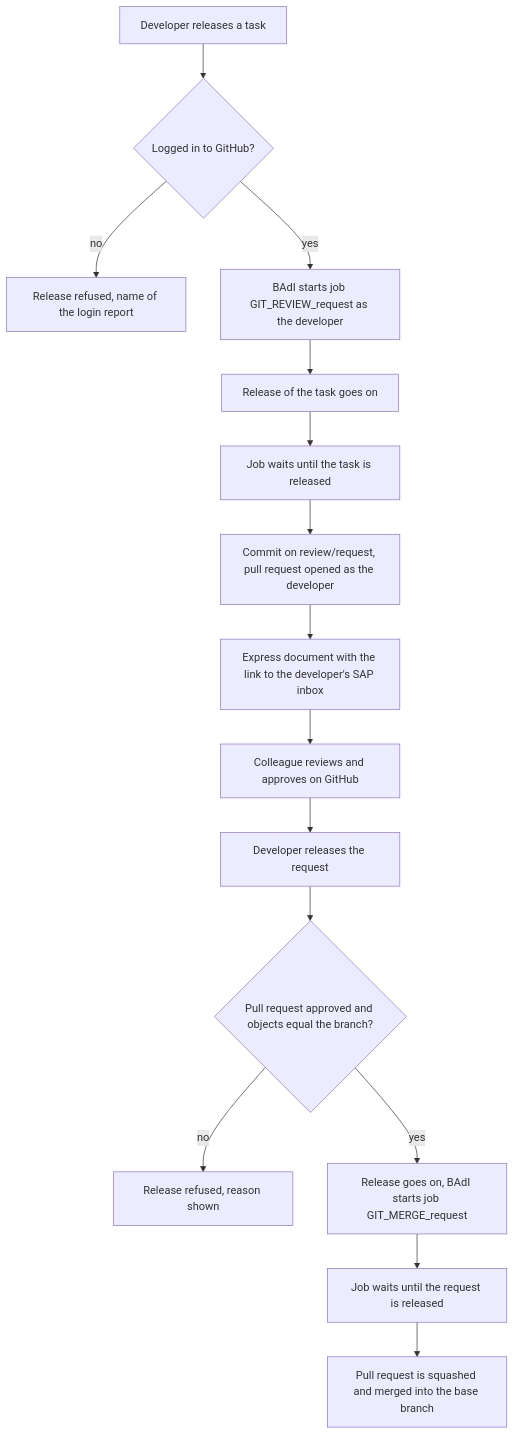
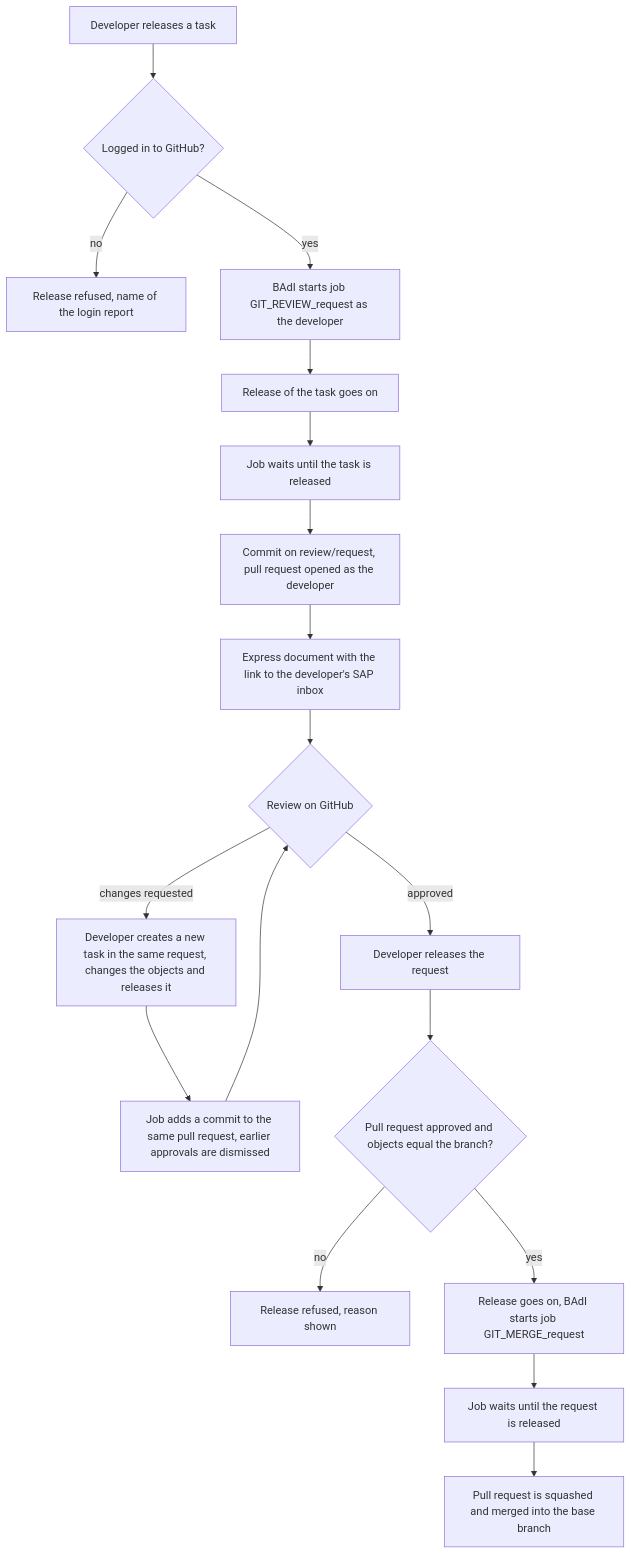
The diagram in README.md (catafeidi/abap-transport-review), drawn with Mermaid before and after one commit. The commit also changed other lines of this file and 3 other files, not shown here.

````diff
--- a/README.md
+++ b/README.md
@@ -37,17 +51,20 @@
 ```mermaid
 flowchart TD
     A[Developer releases a task] --> B{Logged in to GitHub?}
     B -- no --> B1[Release refused, name of the login report]
     B -- yes --> C[BAdI starts job GIT_REVIEW_request as the developer]
     C --> D[Release of the task goes on]
     D --> E[Job waits until the task is released]
     E --> F[Commit on review/request, pull request opened as the developer]
     F --> G[Express document with the link to the developer's SAP inbox]
-    G --> H[Colleague reviews and approves on GitHub]
-    H --> I[Developer releases the request]
+    G --> H{Review on GitHub}
+    H -- changes requested --> R[Developer creates a new task in the same request, changes the objects and releases it]
+    R --> S[Job adds a commit to the same pull request, earlier approvals are dismissed]
+    S --> H
+    H -- approved --> I[Developer releases the request]
     I --> J{Pull request approved and objects equal the branch?}
     J -- no --> J1[Release refused, reason shown]
     J -- yes --> K[Release goes on, BAdI starts job GIT_MERGE_request]
     K --> L[Job waits until the request is released]
     L --> M[Pull request is squashed and merged into the base branch]
 ```
````
